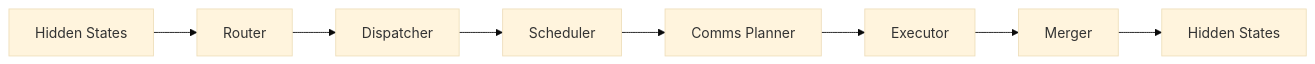
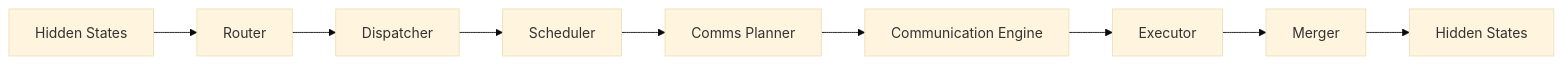
The diagram in DWDP/runtime/README.md (RustamSheoran/DWDP-Triton-MoE-Inference-Engine), drawn with Mermaid (base theme) before and after one commit. The commit also changed 5 other files, not shown here.

````diff
--- a/DWDP/runtime/README.md
+++ b/DWDP/runtime/README.md
@@ -7,10 +7,11 @@
 ```mermaid
 flowchart LR
     H0[Hidden States] --> R[Router]
     R --> D[Dispatcher]
     D --> S[Scheduler]
     S --> C[Comms Planner]
-    C --> E[Executor]
+    C --> X[Communication Engine]
+    X --> E[Executor]
     E --> M[Merger]
     M --> H1[Hidden States]
 ```
````
